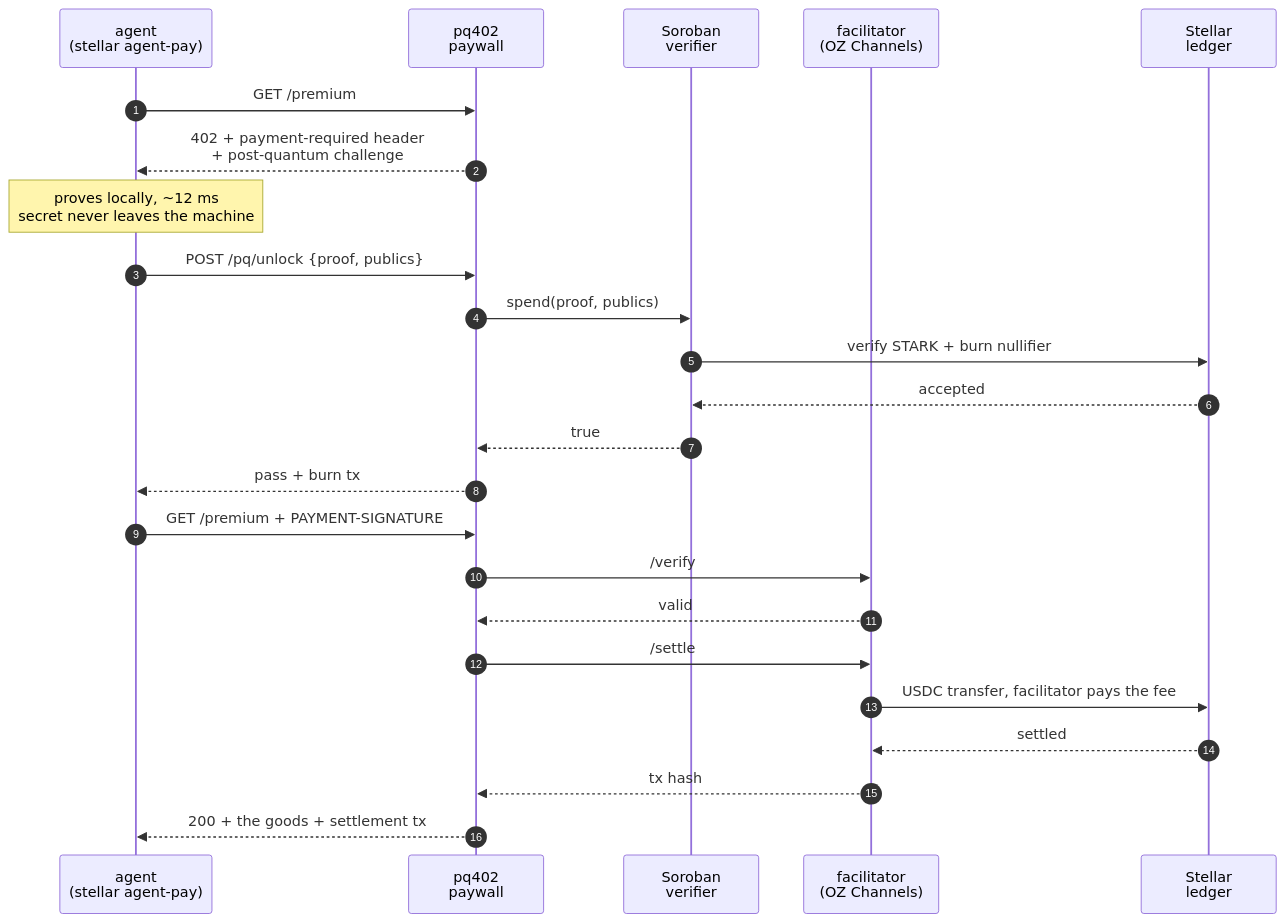
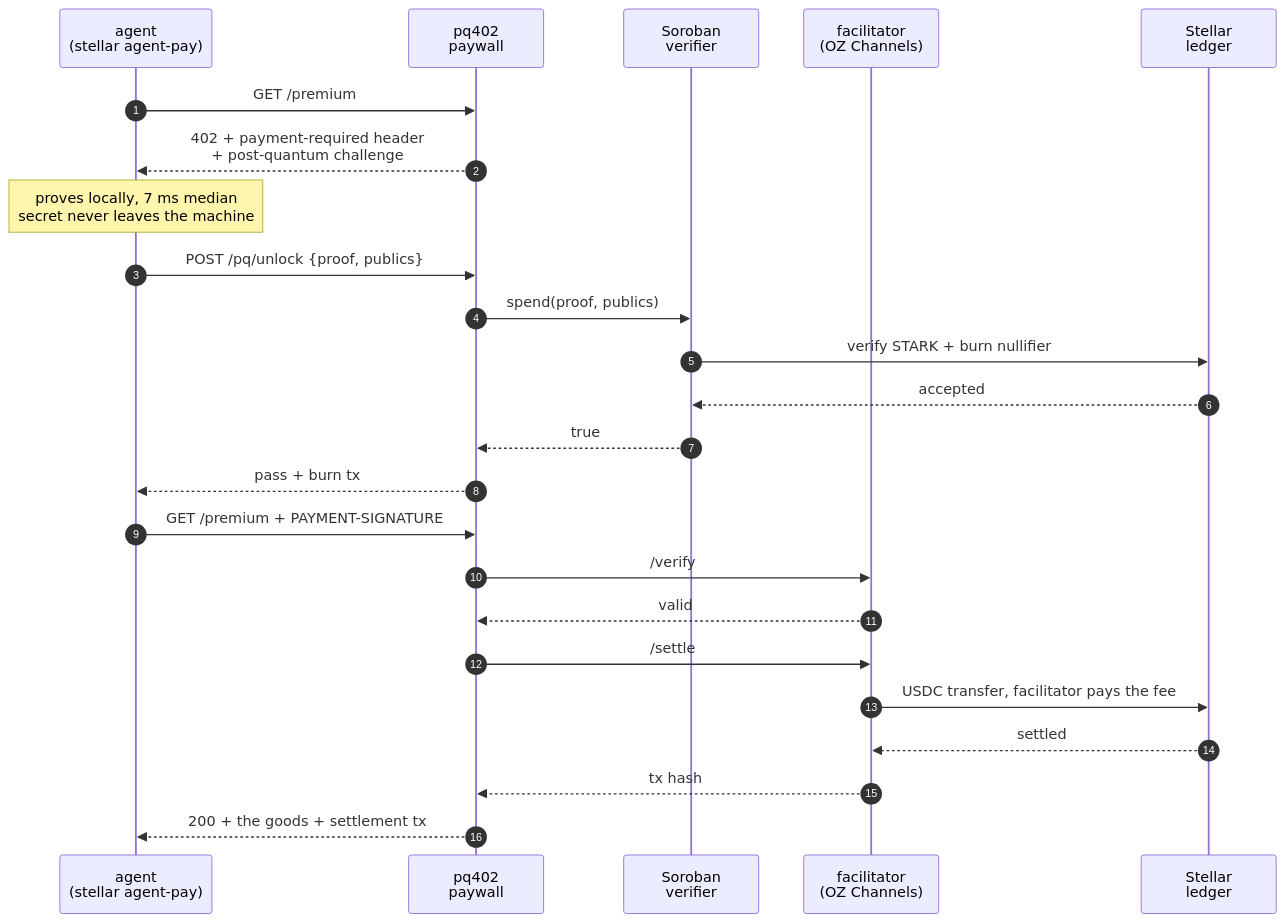
The first of 2 diagrams in README.md (Galmanus/pq402), drawn with Mermaid before and after one commit. The commit also changed other lines of this file and 1 other file, not shown here.

````diff
--- a/README.md
+++ b/README.md
@@ -76,27 +76,27 @@
 ```mermaid
 sequenceDiagram
     autonumber
     participant A as agent<br/>(stellar agent-pay)
     participant S as pq402<br/>paywall
     participant V as Soroban<br/>verifier
     participant F as facilitator<br/>(OZ Channels)
     participant L as Stellar<br/>ledger
 
     A->>S: GET /premium
     S-->>A: 402 + payment-required header<br/>+ post-quantum challenge
-    Note over A: proves locally, ~12 ms<br/>secret never leaves the machine
+    Note over A: proves locally, 7 ms median<br/>secret never leaves the machine
     A->>S: POST /pq/unlock {proof, publics}
     S->>V: spend(proof, publics)
     V->>L: verify STARK + burn nullifier
     L-->>V: accepted
     V-->>S: true
     S-->>A: pass + burn tx
     A->>S: GET /premium + PAYMENT-SIGNATURE
     S->>F: /verify
     F-->>S: valid
     S->>F: /settle
     F->>L: USDC transfer, facilitator pays the fee
     L-->>F: settled
     F-->>S: tx hash
     S-->>A: 200 + the goods + settlement tx
 ```
````
